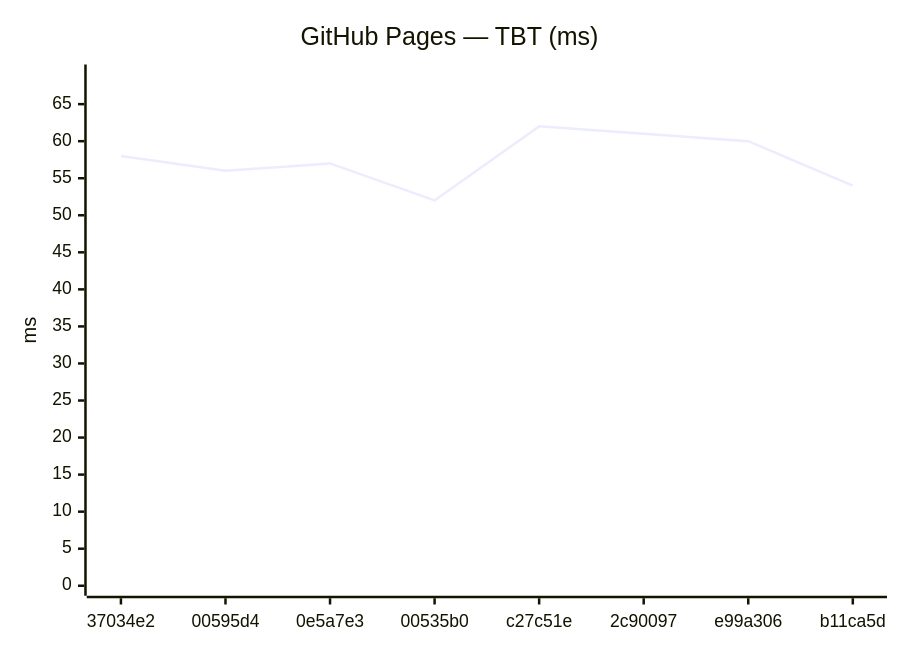
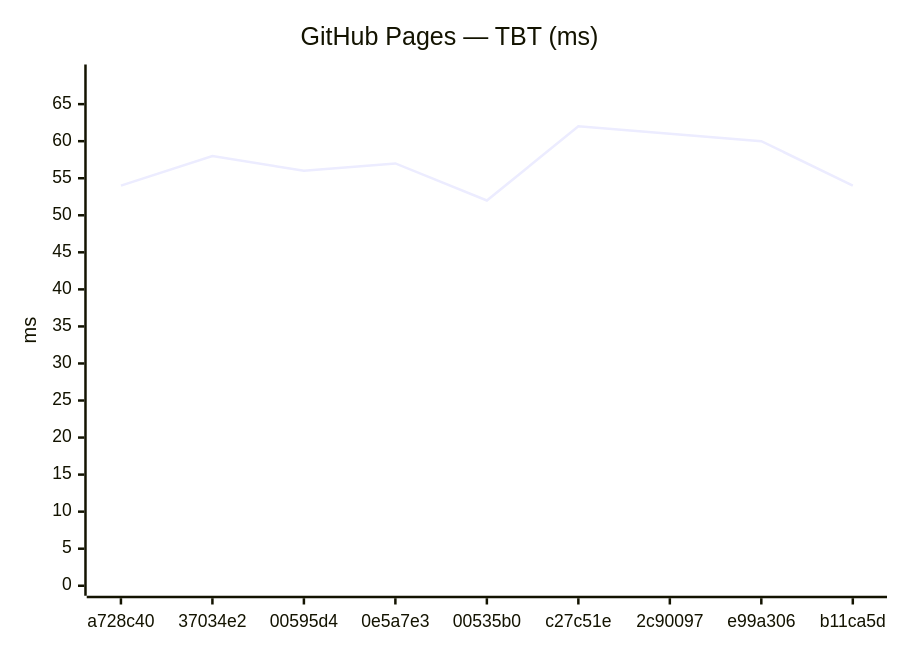
The fourth of 24 diagrams in benchmarks/compare.md (Metaheurist/Rianell), drawn with Mermaid before and after one commit. The commit also changed other lines of this file and 12 other files, not shown here.

````diff
--- a/benchmarks/compare.md
+++ b/benchmarks/compare.md
@@ -57,7 +59,7 @@
 ```mermaid
 xychart-beta
     title "GitHub Pages — TBT (ms)"
-    x-axis ["37034e2", "00595d4", "0e5a7e3", "00535b0", "c27c51e", "2c90097", "e99a306", "b11ca5d"]
+    x-axis ["a728c40", "37034e2", "00595d4", "0e5a7e3", "00535b0", "c27c51e", "2c90097", "e99a306", "b11ca5d"]
     y-axis "ms" 0 --> 69
-    line [58, 56, 57, 52, 62, 61, 60, 54]
+    line [54, 58, 56, 57, 52, 62, 61, 60, 54]
 ```
````
